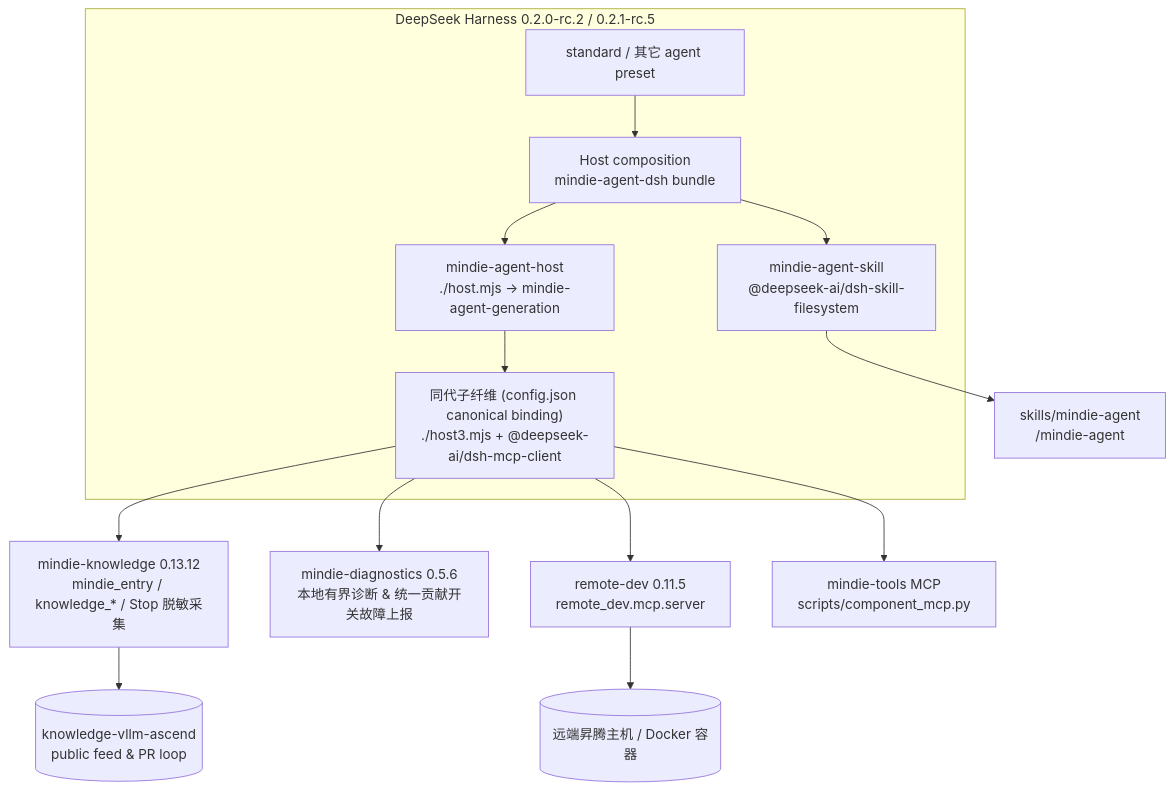
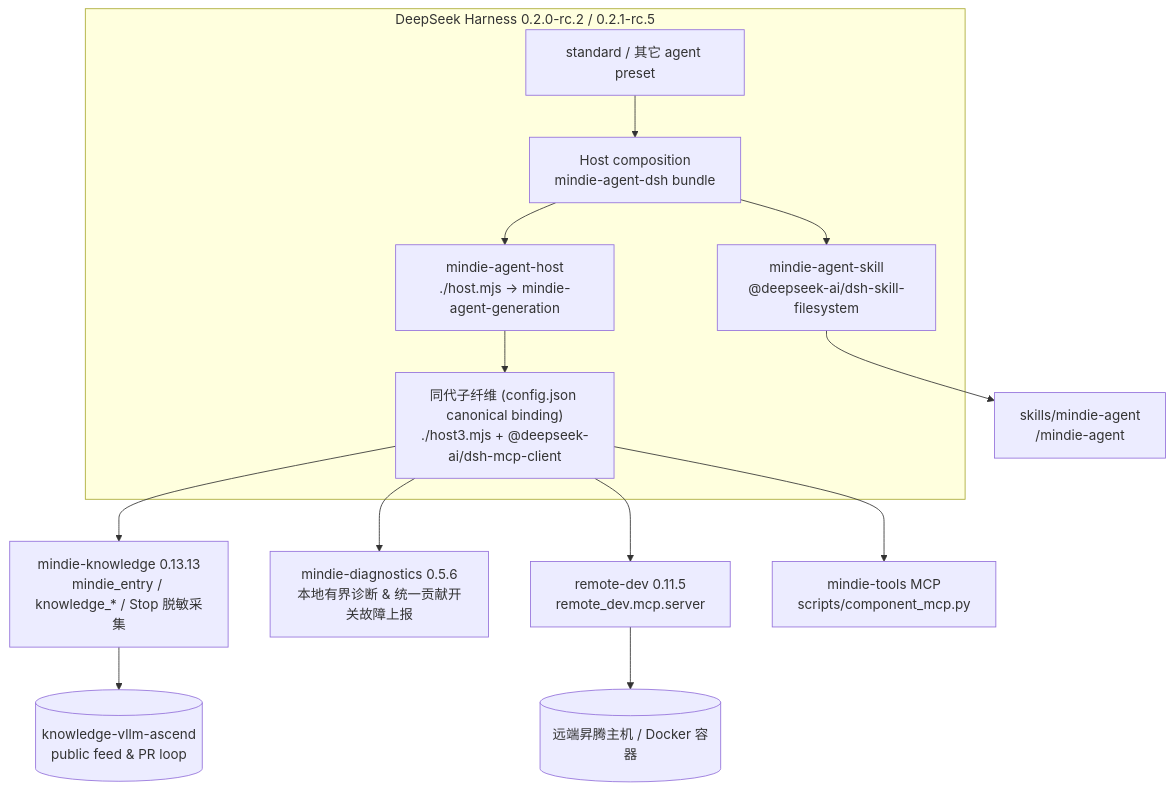
Before and after one commit to mindie-agent/mindie-agent-dsh: the diagram in README.md, drawn with Mermaid. The commit also changed other lines of this file and 8 other files, not shown here.

Commit message:
chore(release): pin mindie-knowledge 0.13.13 (1f0c889) in mindie-agent-dsh 0.1.16

````diff
--- a/README.md
+++ b/README.md
@@ -156,21 +156,21 @@
 ```mermaid
 flowchart TB
   subgraph DSH["DeepSeek Harness 0.2.0-rc.2 / 0.2.1-rc.5"]
     HOST["Host composition<br/>mindie-agent-dsh bundle"]
     STD["standard / 其它 agent preset"]
     SKILL["mindie-agent-skill<br/>@deepseek-ai/dsh-skill-filesystem"]
     HPLUG["mindie-agent-host<br/>./host.mjs -> mindie-agent-generation"]
     GEN["同代子纤维 (config.json canonical binding)<br/>./host3.mjs + @deepseek-ai/dsh-mcp-client"]
     STD --> HOST
     HOST --> SKILL
     HOST --> HPLUG
     HPLUG --> GEN
   end
   SKILL --> SK["skills/mindie-agent<br/>/mindie-agent"]
-  GEN --> KS["mindie-knowledge 0.13.12<br/>mindie_entry / knowledge_* / Stop 脱敏采集"]
+  GEN --> KS["mindie-knowledge 0.13.13<br/>mindie_entry / knowledge_* / Stop 脱敏采集"]
   GEN --> DIAG["mindie-diagnostics 0.5.6<br/>本地有界诊断 & 统一贡献开关故障上报"]
   KS --> FEED[("knowledge-vllm-ascend<br/>public feed & PR loop")]
   GEN --> RD["remote-dev 0.11.5<br/>remote_dev.mcp.server"]
   GEN --> MT["mindie-tools MCP<br/>scripts/component_mcp.py"]
   RD --> NPU[("远端昇腾主机 / Docker 容器")]
 ```
````
